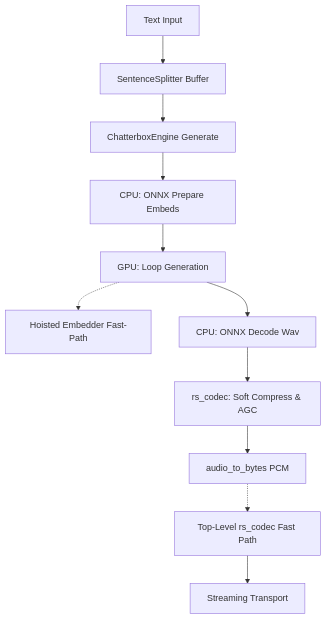
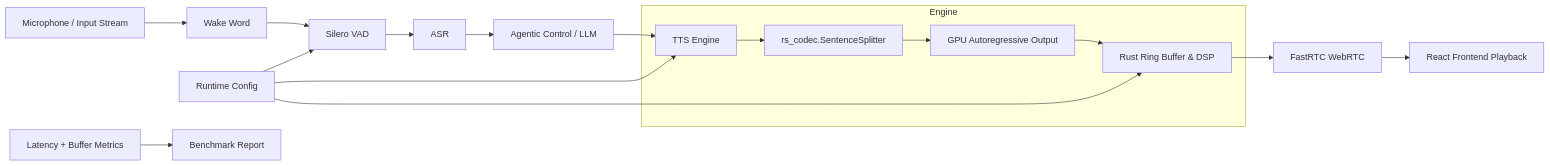
One commit to carlosfundora/gfxATOM changed the diagram in .agents/reports/auralis-audio-optimization.md. Above: the diagram before and after it, drawn with Mermaid. The commit also changed other lines of this file and 3 other files, not shown here.

First line of the commit message:
Optimized audio TTS streaming pipeline with Rust module `rs_codec`.

````diff
--- a/.agents/reports/auralis-audio-optimization.md
+++ b/.agents/reports/auralis-audio-optimization.md
@@ -35,13 +49,22 @@
 ```mermaid
-flowchart TD
-    A[Text Input] --> B[SentenceSplitter Buffer]
-    B --> C[ChatterboxEngine Generate]
-    C --> D[CPU: ONNX Prepare Embeds]
-    D --> E[GPU: Loop Generation]
-    E -.-> F[Hoisted Embedder Fast-Path]
-    E --> G[CPU: ONNX Decode Wav]
-    G --> H[rs_codec: Soft Compress & AGC]
-    H --> I[audio_to_bytes PCM]
-    I -.-> J[Top-Level rs_codec Fast Path]
-    J --> K[Streaming Transport]
+flowchart LR
+    Mic[Microphone / Input Stream] --> Wake[Wake Word]
+    Wake --> VAD[Silero VAD]
+    VAD --> ASR[ASR]
+    ASR --> Agent[Agentic Control / LLM]
+    Agent --> TTS[TTS Engine]
+
+    subgraph Engine
+        TTS --> Split[rs_codec.SentenceSplitter]
+        Split --> Gen[GPU Autoregressive Output]
+        Gen --> JBuffer[Rust Ring Buffer & DSP]
+    end
+
+    JBuffer --> Transport[FastRTC WebRTC]
+    Transport --> UI[React Frontend Playback]
+
+    Config[Runtime Config] --> VAD
+    Config --> TTS
+    Config --> JBuffer
+    Metrics[Latency + Buffer Metrics] --> Report[Benchmark Report]
 ```
````
